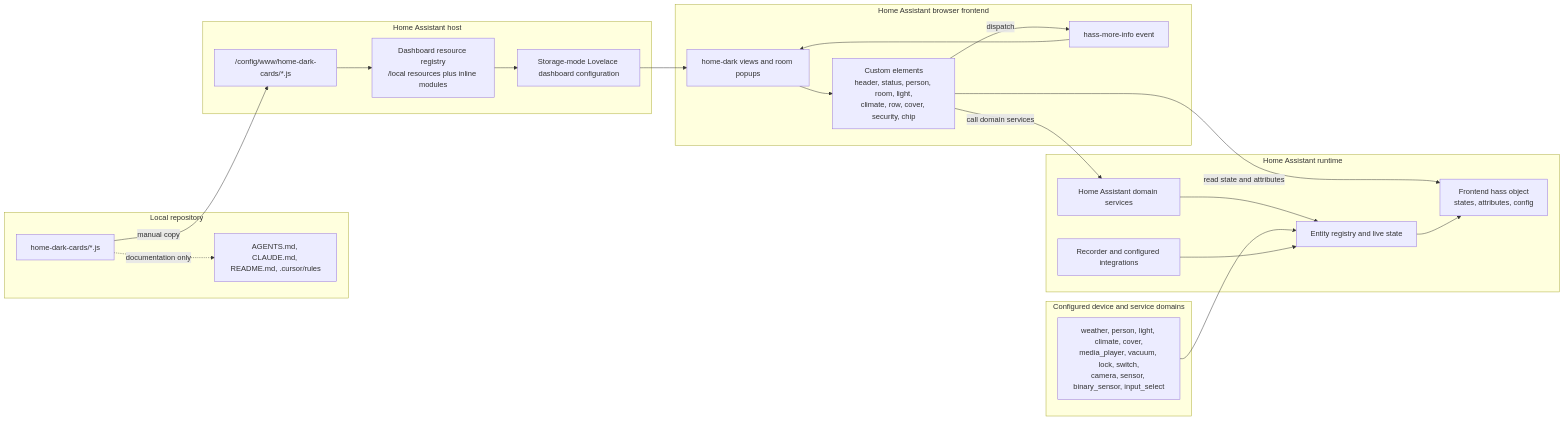
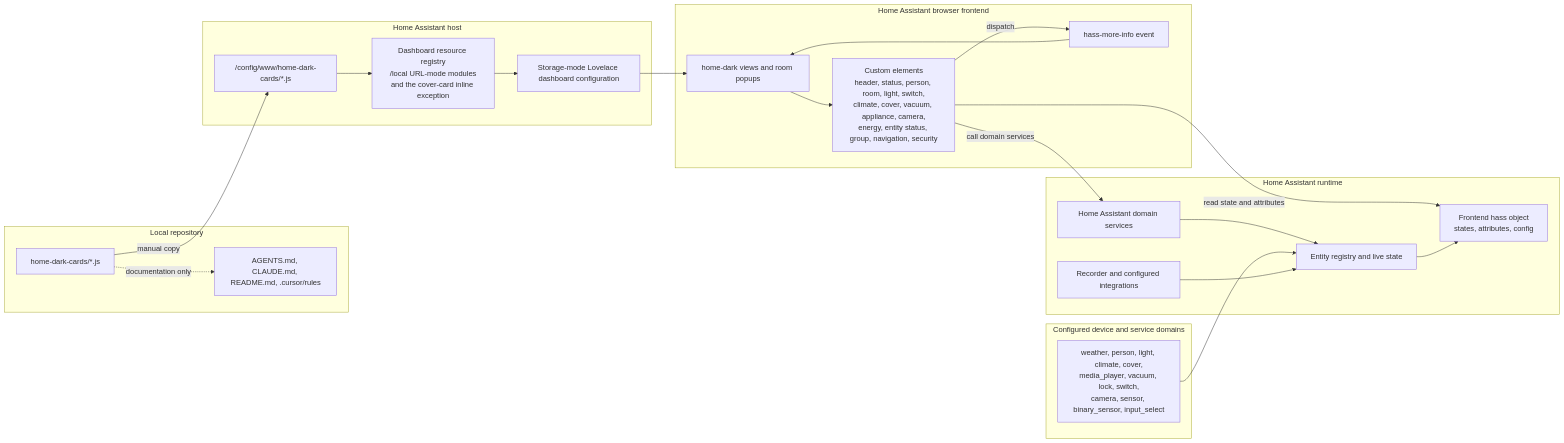
One commit to MrHollowX/hollow-cards changed the diagram in ai-overview.md. Above: the diagram before and after it, drawn with Mermaid. The commit also changed other lines of this file and 3 other files, not shown here.

````diff
--- a/ai-overview.md
+++ b/ai-overview.md
@@ -72,45 +80,45 @@
 ```mermaid
 flowchart LR
     subgraph Repository["Local repository"]
         Sources["home-dark-cards/*.js"]
         Guidance["AGENTS.md, CLAUDE.md, README.md, .cursor/rules"]
     end
 
     subgraph Host["Home Assistant host"]
         Static["/config/www/home-dark-cards/*.js"]
-        Resources["Dashboard resource registry<br/>/local resources plus inline modules"]
+        Resources["Dashboard resource registry<br/>/local URL-mode modules<br/>and the cover-card inline exception"]
         DashConfig["Storage-mode Lovelace dashboard configuration"]
     end
 
     subgraph Browser["Home Assistant browser frontend"]
         Views["home-dark views and room popups"]
-        Cards["Custom elements<br/>header, status, person, room, light,<br/>climate, row, cover, security, chip"]
+        Cards["Custom elements<br/>header, status, person, room, light, switch,<br/>climate, cover, vacuum, appliance, camera,<br/>energy, entity status, group, navigation, security"]
         MoreInfo["hass-more-info event"]
     end
 
     subgraph Runtime["Home Assistant runtime"]
         Hass["Frontend hass object<br/>states, attributes, config"]
         Services["Home Assistant domain services"]
         Registry["Entity registry and live state"]
         Recorder["Recorder and configured integrations"]
     end
 
     subgraph Devices["Configured device and service domains"]
         Domains["weather, person, light, climate, cover,<br/>media_player, vacuum, lock, switch,<br/>camera, sensor, binary_sensor, input_select"]
     end
 
     Sources -->|"manual copy"| Static
     Sources -.->|"documentation only"| Guidance
     Static --> Resources
     Resources --> DashConfig
     DashConfig --> Views
     Views --> Cards
     Cards -->|"read state and attributes"| Hass
     Cards -->|"dispatch"| MoreInfo
     MoreInfo --> Views
     Cards -->|"call domain services"| Services
     Services --> Registry
     Registry --> Hass
     Domains --> Registry
     Recorder --> Registry
 ```
````
